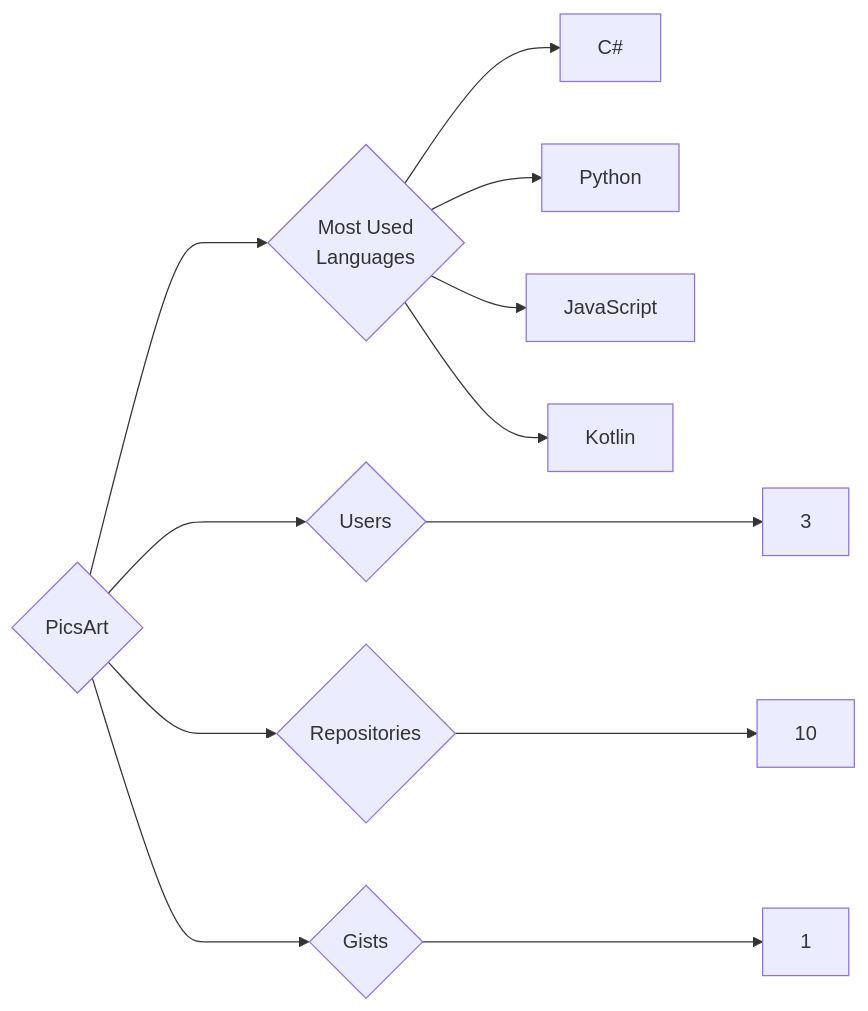
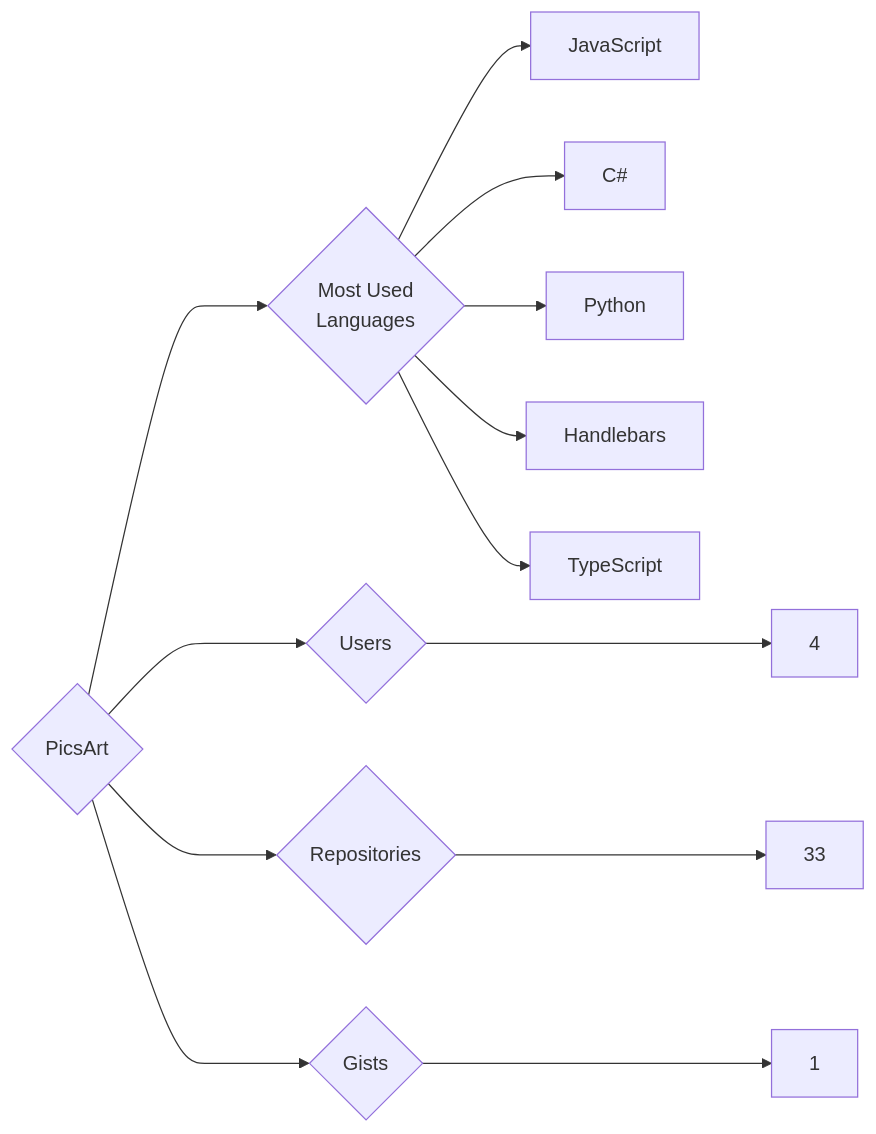
Before and after one commit to trickest/insiders: the diagram in targets/PicsArt/README.md, drawn with Mermaid. The commit also changed 860 other files, not shown here.

````diff
--- a/targets/PicsArt/README.md
+++ b/targets/PicsArt/README.md
@@ -3,12 +3,13 @@
 ```mermaid
 graph LR
 COMPANY_NAME{PicsArt}
-COMPANY_NAME ---> U{Users} ---> UN[3]
-COMPANY_NAME ---> R{Repositories} ---> RN[10]
+COMPANY_NAME ---> U{Users} ---> UN[4]
+COMPANY_NAME ---> R{Repositories} ---> RN[33]
 COMPANY_NAME ---> G{Gists} ---> GN[1]
 COMPANY_NAME ---> ML{Most Used<br>Languages}
+ML --> JavaScript[JavaScript]
 ML --> C#[C#]
 ML --> Python[Python]
-ML --> JavaScript[JavaScript]
-ML --> Kotlin[Kotlin]
+ML --> Handlebars[Handlebars]
+ML --> TypeScript[TypeScript]
 ```
````
